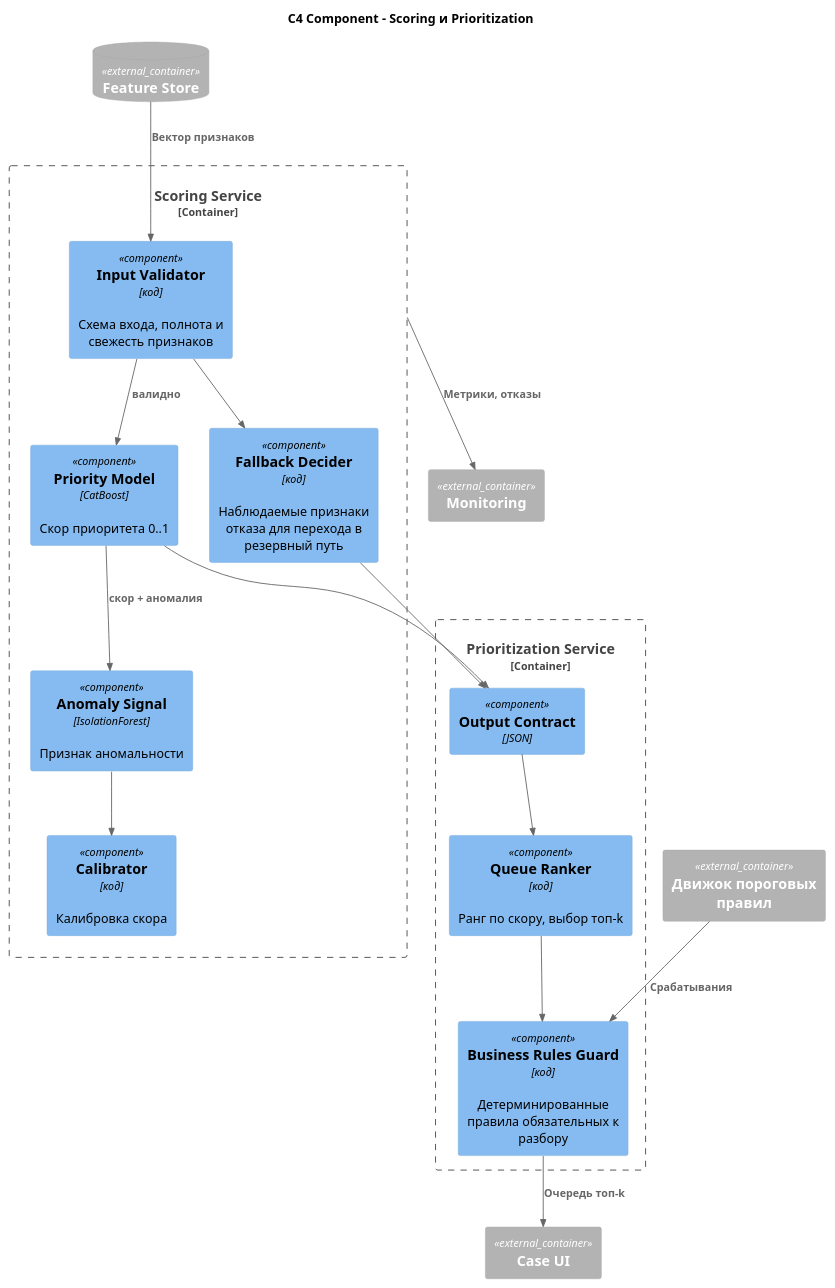
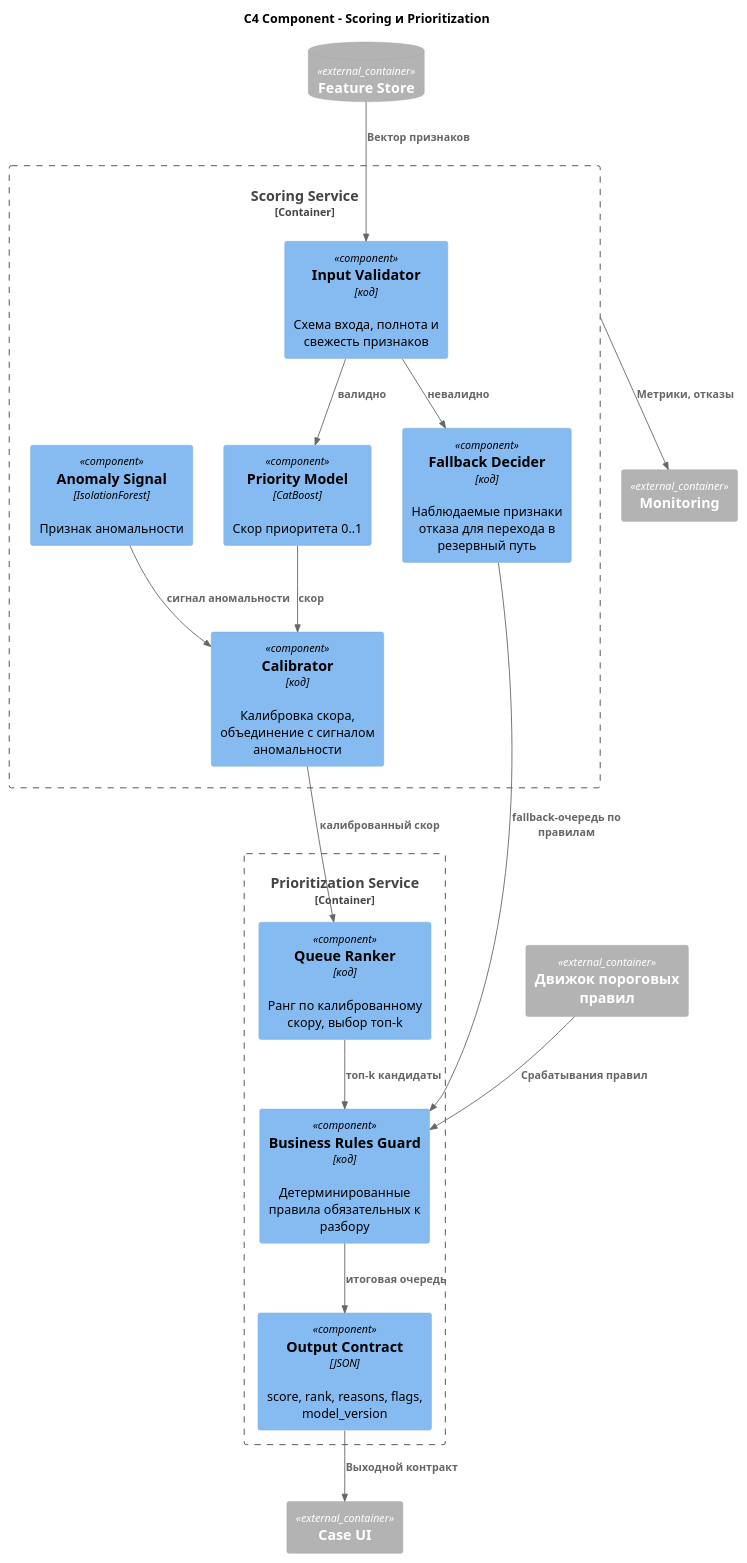
The second of 2 diagrams in Task3/C4_Флагман.md (glebpovalihin/solution-architecture-module3), drawn with PlantUML before and after one commit. The commit also changed other lines of this file and 5 other files, not shown here.

````diff
--- a/Task3/C4_Флагман.md
+++ b/Task3/C4_Флагман.md
@@ -56,40 +56,40 @@
 ```plantuml
 @startuml
 !include https://raw.githubusercontent.com/plantuml-stdlib/C4-PlantUML/master/C4_Component.puml
 
 LAYOUT_TOP_DOWN()
 title C4 Component - Scoring и Prioritization
 
 Container_Boundary(scoring, "Scoring Service") {
     Component(validator, "Input Validator", "код", "Схема входа, полнота и свежесть признаков")
     Component(model, "Priority Model", "CatBoost", "Скор приоритета 0..1")
     Component(anomaly, "Anomaly Signal", "IsolationForest", "Признак аномальности")
-    Component(calibrator, "Calibrator", "код", "Калибровка скора")
+    Component(calibrator, "Calibrator", "код", "Калибровка скора, объединение с сигналом аномальности")
     Component(fallback, "Fallback Decider", "код", "Наблюдаемые признаки отказа для перехода в резервный путь")
 }
 
 Container_Boundary(prio, "Prioritization Service") {
-    Component(ranker, "Queue Ranker", "код", "Ранг по скору, выбор топ-k")
+    Component(ranker, "Queue Ranker", "код", "Ранг по калиброванному скору, выбор топ-k")
     Component(bizrules, "Business Rules Guard", "код", "Детерминированные правила обязательных к разбору")
-    Component(api, "Output Contract", "JSON")
+    Component(api, "Output Contract", "JSON", "score, rank, reasons, flags, model_version")
 }
 
 ContainerDb_Ext(fstore, "Feature Store", "")
 Container_Ext(rules, "Движок пороговых правил", "")
 Container_Ext(casui, "Case UI", "")
 Container_Ext(mon, "Monitoring", "")
 
 Rel(fstore, validator, "Вектор признаков")
 Rel(validator, model, "валидно")
-Rel(validator, fallback, "")
-Rel(model, anomaly, "скор + аномалия")
-Rel(anomaly, calibrator, "")
-Rel(fallback, api, "")
-Rel(model, api, "")
-Rel(rules, bizrules, "Срабатывания")
-Rel(api, ranker, "")
-Rel(ranker, bizrules, "")
-Rel(bizrules, casui, "Очередь топ-k")
+Rel(validator, fallback, "невалидно")
+Rel(model, calibrator, "скор")
+Rel(anomaly, calibrator, "сигнал аномальности")
+Rel(calibrator, ranker, "калиброванный скор")
+Rel(ranker, bizrules, "топ-k кандидаты")
+Rel(rules, bizrules, "Срабатывания правил")
+Rel(fallback, bizrules, "fallback-очередь по правилам")
+Rel(bizrules, api, "итоговая очередь")
+Rel(api, casui, "Выходной контракт")
 Rel(scoring, mon, "Метрики, отказы")
 @enduml
 ```
````
